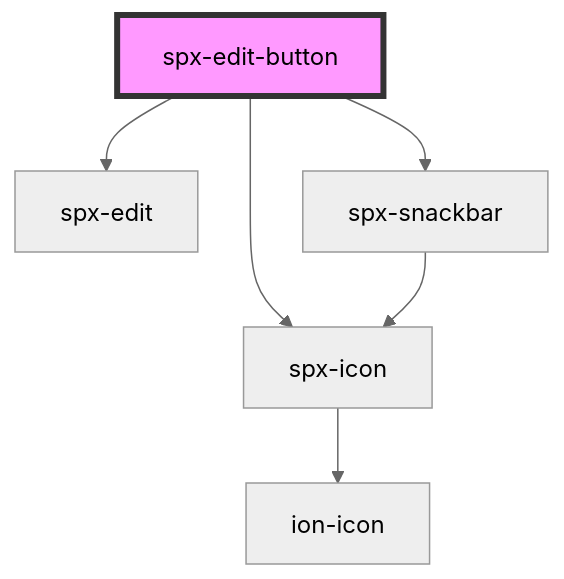
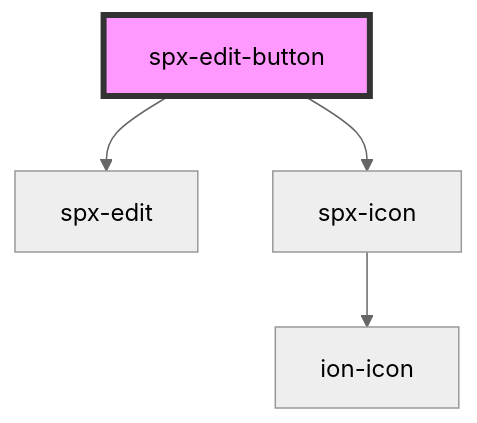
Before and after one commit to dnnsjsk/spx: the diagram in stencil/src/components/elements/spx-edit-button/readme.md, drawn with Mermaid (neutral theme). The commit also changed other lines of this file and 285 other files, not shown here.

````diff
--- a/stencil/src/components/elements/spx-edit-button/readme.md
+++ b/stencil/src/components/elements/spx-edit-button/readme.md
@@ -97,9 +95,7 @@
 ```mermaid
 graph TD;
   spx-edit-button --> spx-edit
-  spx-edit-button --> spx-snackbar
   spx-edit-button --> spx-icon
-  spx-snackbar --> spx-icon
   spx-icon --> ion-icon
   style spx-edit-button fill:#f9f,stroke:#333,stroke-width:4px
 ```
````
